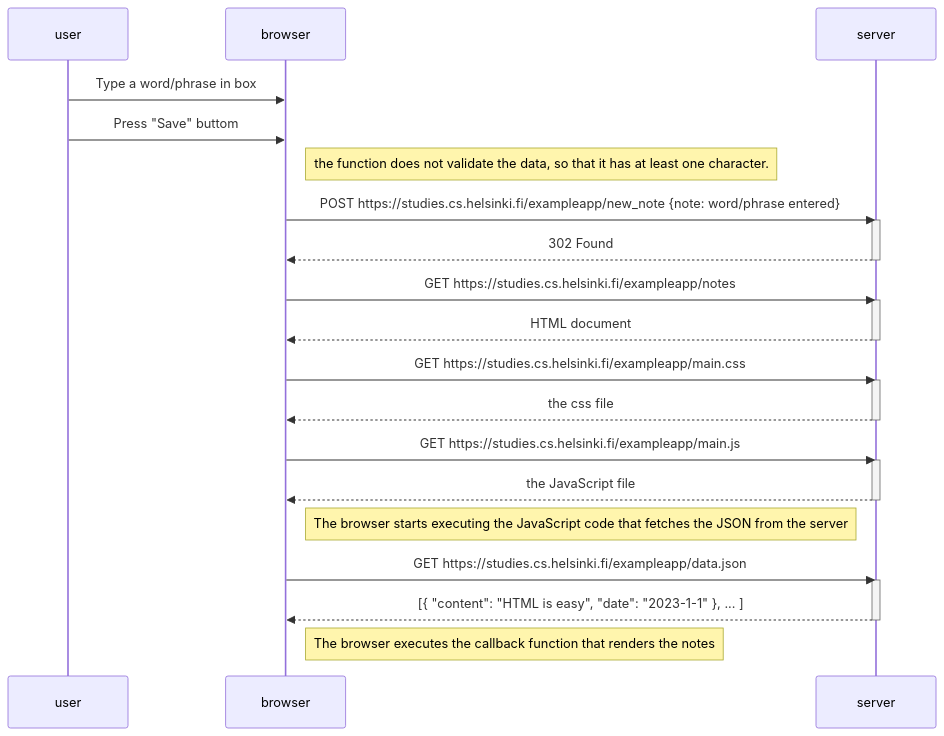
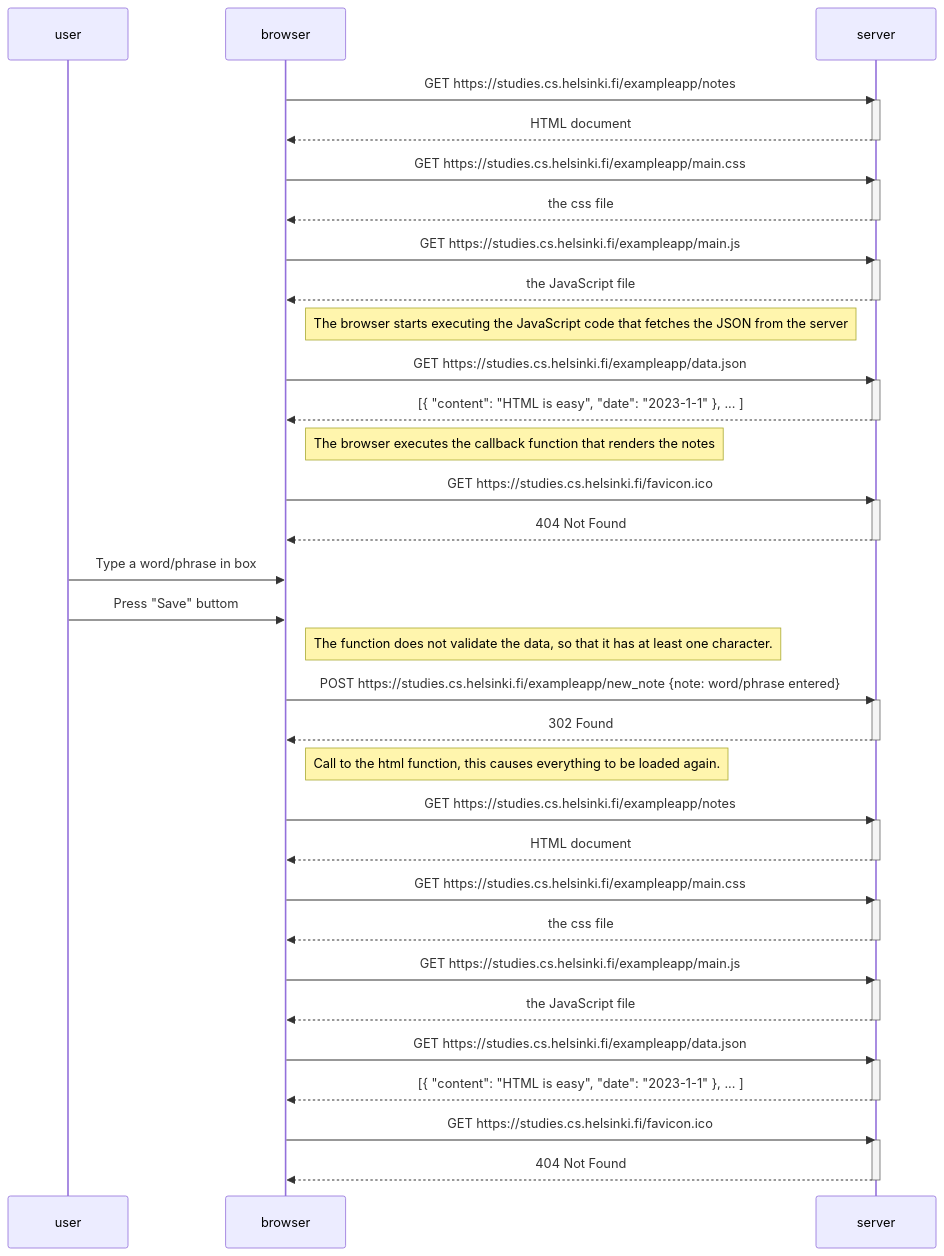
Before and after one commit to luphin/fullstackopen_course: the diagram in part0/04new_note_diagram.md, drawn with Mermaid. The commit also changed other lines of this file, not shown here.

````diff
--- a/part0/04new_note_diagram.md
+++ b/part0/04new_note_diagram.md
@@ -40,39 +71,70 @@
 ```mermaid
 sequenceDiagram
     participant user
     participant browser
     participant server
-
-    user->>browser: Type a word/phrase in box
-    user->>browser: Press "Save" buttom
-    Note right of browser: the function does not validate the data, so that it has at least one character.
-    browser->>server: POST https://studies.cs.helsinki.fi/exampleapp/new_note {note: word/phrase entered}
-    activate server
-    server-->>browser: 302 Found
-    deactivate server
 
     browser->>server: GET https://studies.cs.helsinki.fi/exampleapp/notes
     activate server
     server-->>browser: HTML document
     deactivate server
 
     browser->>server: GET https://studies.cs.helsinki.fi/exampleapp/main.css
     activate server
     server-->>browser: the css file
     deactivate server
 
     browser->>server: GET https://studies.cs.helsinki.fi/exampleapp/main.js
     activate server
     server-->>browser: the JavaScript file
     deactivate server
 
     Note right of browser: The browser starts executing the JavaScript code that fetches the JSON from the server
 
     browser->>server: GET https://studies.cs.helsinki.fi/exampleapp/data.json
     activate server
     server-->>browser: [{ "content": "HTML is easy", "date": "2023-1-1" }, ... ]
     deactivate server
 
     Note right of browser: The browser executes the callback function that renders the notes
 
+    browser->>server: GET https://studies.cs.helsinki.fi/favicon.ico
+    activate server
+    server-->>browser: 404 Not Found
+    deactivate server
+
+    user->>browser: Type a word/phrase in box
+    user->>browser: Press "Save" buttom
+    Note right of browser: The function does not validate the data, so that it has at least one character.
+    browser->>server: POST https://studies.cs.helsinki.fi/exampleapp/new_note {note: word/phrase entered}
+    activate server
+    server-->>browser: 302 Found
+    deactivate server
+
+    Note right of browser: Call to the html function, this causes everything to be loaded again. 
+
+    browser->>server: GET https://studies.cs.helsinki.fi/exampleapp/notes
+    activate server
+    server-->>browser: HTML document
+    deactivate server
+
+    browser->>server: GET https://studies.cs.helsinki.fi/exampleapp/main.css
+    activate server
+    server-->>browser: the css file
+    deactivate server
+
+    browser->>server: GET https://studies.cs.helsinki.fi/exampleapp/main.js
+    activate server
+    server-->>browser: the JavaScript file
+    deactivate server
+
+    browser->>server: GET https://studies.cs.helsinki.fi/exampleapp/data.json
+    activate server
+    server-->>browser: [{ "content": "HTML is easy", "date": "2023-1-1" }, ... ]
+    deactivate server
+
+    browser->>server: GET https://studies.cs.helsinki.fi/favicon.ico
+    activate server
+    server-->>browser: 404 Not Found
+    deactivate server
 ```
````
